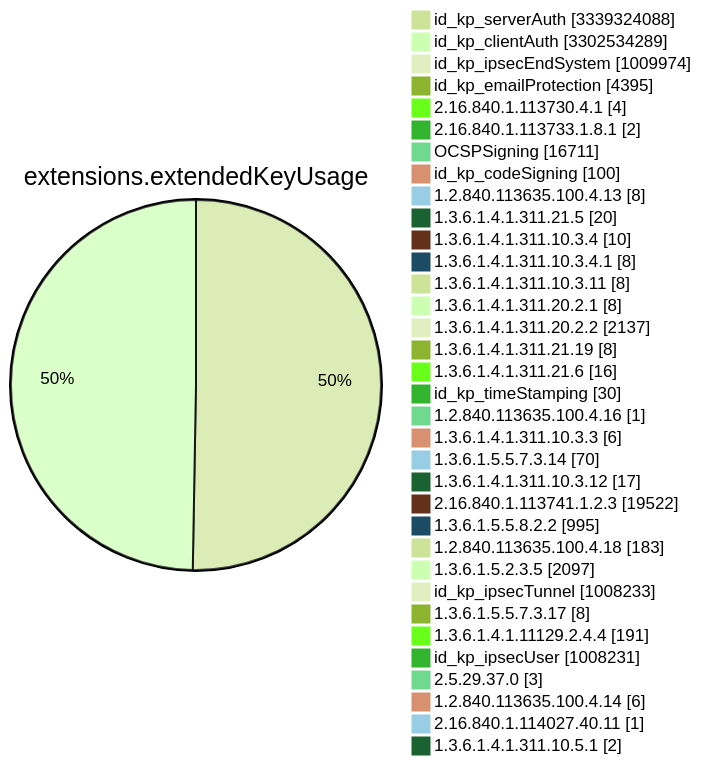
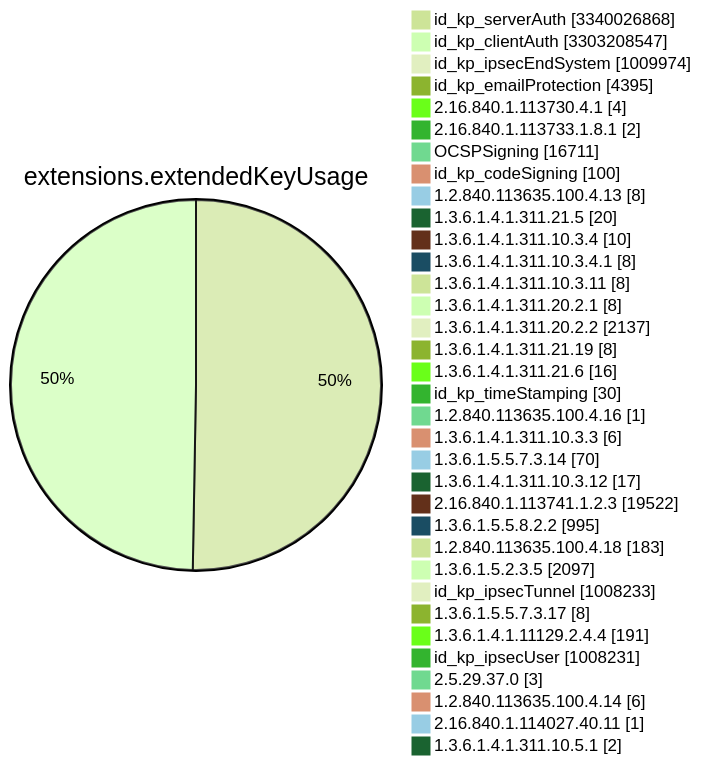
Diagram 11 of 15 in TOTAL/README.md (christiankrug/ctmonitor_visualization), drawn with Mermaid (forest theme) before and after one commit. The commit also changed other lines of this file, not shown here.

````diff
--- a/TOTAL/README.md
+++ b/TOTAL/README.md
@@ -4120,38 +4120,38 @@
 ```mermaid
 pie showData
 title extensions.extendedKeyUsage
-"id_kp_serverAuth" :3339324088
-"id_kp_clientAuth" :3302534289
+"id_kp_serverAuth" :3340026868
+"id_kp_clientAuth" :3303208547
 "id_kp_ipsecEndSystem" :1009974
 "id_kp_emailProtection" :4395
 "2.16.840.1.113730.4.1" :4
 "2.16.840.1.113733.1.8.1" :2
 "OCSPSigning" :16711
 "id_kp_codeSigning" :100
 "1.2.840.113635.100.4.13" :8
 "1.3.6.1.4.1.311.21.5" :20
 "1.3.6.1.4.1.311.10.3.4" :10
 "1.3.6.1.4.1.311.10.3.4.1" :8
 "1.3.6.1.4.1.311.10.3.11" :8
 "1.3.6.1.4.1.311.20.2.1" :8
 "1.3.6.1.4.1.311.20.2.2" :2137
 "1.3.6.1.4.1.311.21.19" :8
 "1.3.6.1.4.1.311.21.6" :16
 "id_kp_timeStamping" :30
 "1.2.840.113635.100.4.16" :1
 "1.3.6.1.4.1.311.10.3.3" :6
 "1.3.6.1.5.5.7.3.14" :70
 "1.3.6.1.4.1.311.10.3.12" :17
 "2.16.840.1.113741.1.2.3" :19522
 "1.3.6.1.5.5.8.2.2" :995
 "1.2.840.113635.100.4.18" :183
 "1.3.6.1.5.2.3.5" :2097
 "id_kp_ipsecTunnel" :1008233
 "1.3.6.1.5.5.7.3.17" :8
 "1.3.6.1.4.1.11129.2.4.4" :191
 "id_kp_ipsecUser" :1008231
 "2.5.29.37.0" :3
 "1.2.840.113635.100.4.14" :6
 "2.16.840.1.114027.40.11" :1
 "1.3.6.1.4.1.311.10.5.1" :2
 ```
````
